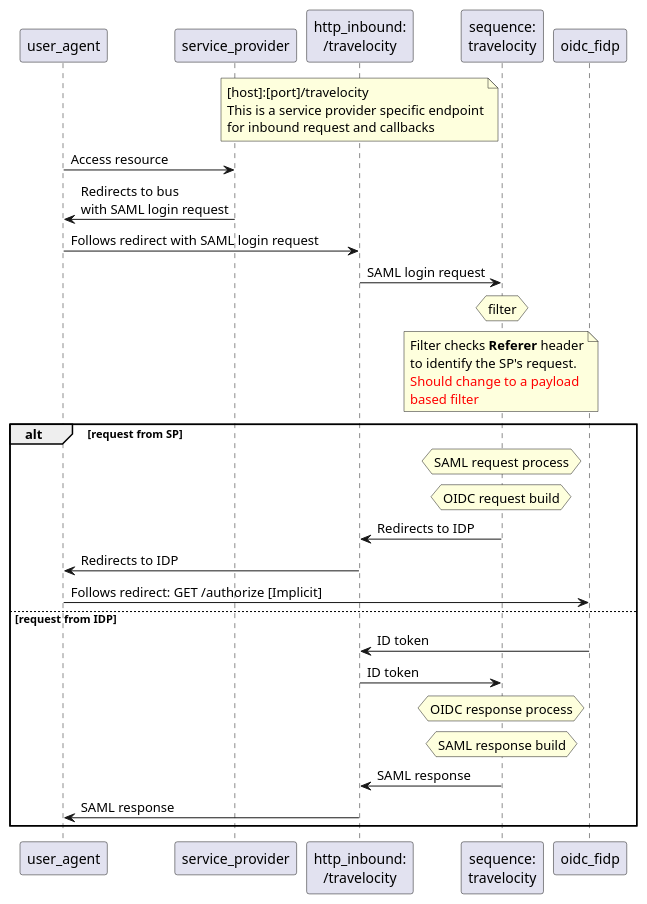
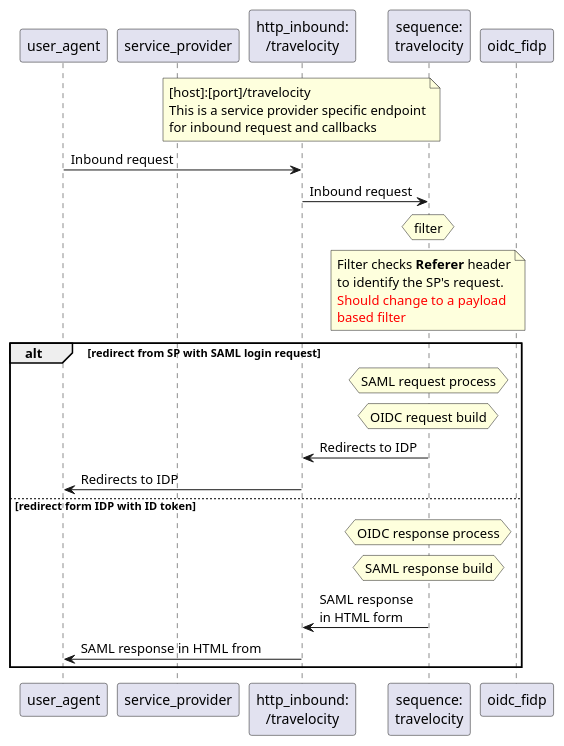
One commit to wso2-attic/identity-mediation-language changed the diagram in src/main/resources/Design-2.puml. Above: the diagram before and after it, drawn with PlantUML. The commit also changed 1 other file, not shown here.

Commit message:
Minor modifications to UML designs.

```diff
--- a/src/main/resources/Design-2.puml
+++ b/src/main/resources/Design-2.puml
@@ -1,51 +1,45 @@
 @startuml
 
 participant user_agent
 participant service_provider
 participant "http_inbound:\n/travelocity" as http_inbound_travelocity
 participant "sequence:\ntravelocity" as sequence_1
 participant oidc_fidp
 
 note over http_inbound_travelocity
 [host]:[port]/travelocity
 This is a service provider specific endpoint
 for inbound request and callbacks
 end note
 
-user_agent -> service_provider : Access resource
-service_provider -> user_agent : Redirects to bus\nwith SAML login request
-user_agent -> http_inbound_travelocity : Follows redirect with SAML login request
-http_inbound_travelocity -> sequence_1 : SAML login request
+user_agent -> http_inbound_travelocity : Inbound request
+http_inbound_travelocity -> sequence_1 : Inbound request
 
 hnote over sequence_1 : filter
 
 note over sequence_1
 Filter checks <b>Referer</b> header
 to identify the SP's request.
 <font color=red>Should change to a payload
 <font color=red>based filter
 end note
 
-alt request from SP
+alt redirect from SP with SAML login request
 
 hnote over sequence_1 : SAML request process
 hnote over sequence_1 : OIDC request build
 
 sequence_1 -> http_inbound_travelocity : Redirects to IDP
 http_inbound_travelocity -> user_agent : Redirects to IDP
-user_agent -> oidc_fidp : Follows redirect: GET /authorize [Implicit]
 
-else request from IDP
-
-oidc_fidp -> http_inbound_travelocity : ID token
-http_inbound_travelocity -> sequence_1 : ID token
+else redirect form IDP with ID token
 
 hnote over sequence_1 : OIDC response process
 hnote over sequence_1 : SAML response build
 
-sequence_1 -> http_inbound_travelocity : SAML response
-http_inbound_travelocity -> user_agent : SAML response
+sequence_1 -> http_inbound_travelocity : SAML response\nin HTML form
+http_inbound_travelocity -> user_agent : SAML response in HTML from
 
 end
 
 @enduml
```
